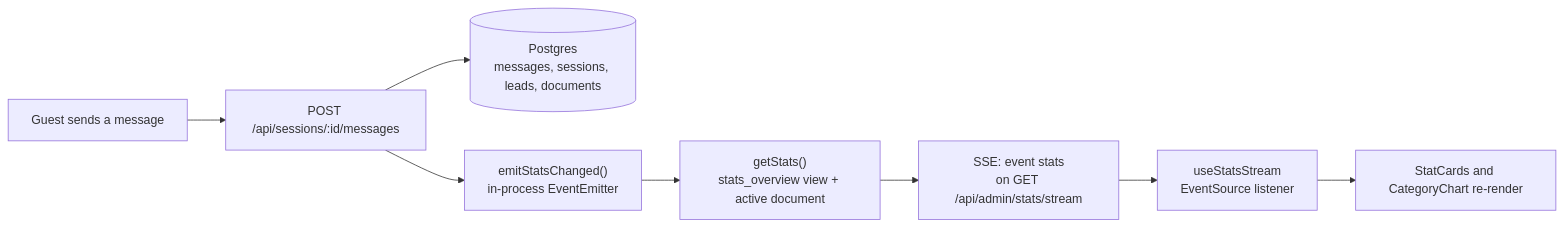
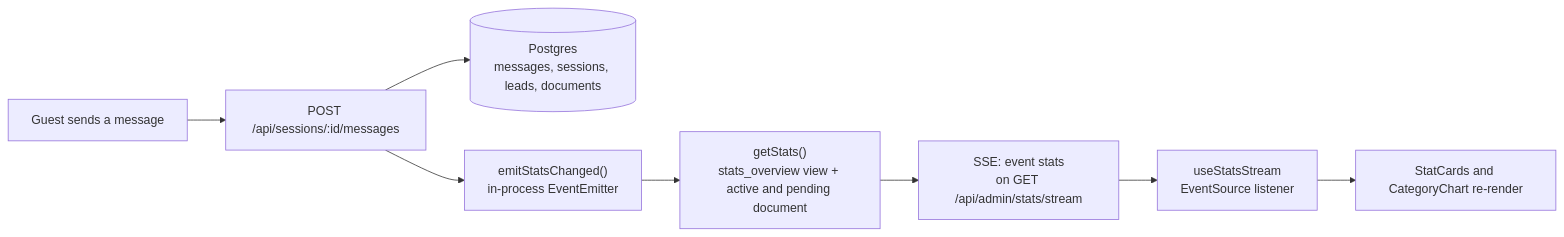
Before and after one commit to tr-ggr/cincinnati-hotel-chatbot: the diagram in docs/ADMIN-DASHBOARD.md, drawn with Mermaid. The commit also changed other lines of this file and 10 other files, not shown here.

````diff
--- a/docs/ADMIN-DASHBOARD.md
+++ b/docs/ADMIN-DASHBOARD.md
@@ -51,10 +52,10 @@
 ```mermaid
 flowchart LR
   guest["Guest sends a message"] --> post["POST /api/sessions/:id/messages"]
   post --> db[("Postgres<br/>messages, sessions, leads, documents")]
   post --> emit["emitStatsChanged()<br/>in-process EventEmitter"]
-  emit --> snap["getStats()<br/>stats_overview view + active document"]
+  emit --> snap["getStats()<br/>stats_overview view + active and pending document"]
   snap --> sse["SSE: event stats<br/>on GET /api/admin/stats/stream"]
   sse --> hook["useStatsStream<br/>EventSource listener"]
   hook --> ui["StatCards and CategoryChart re-render"]
 ```
````
